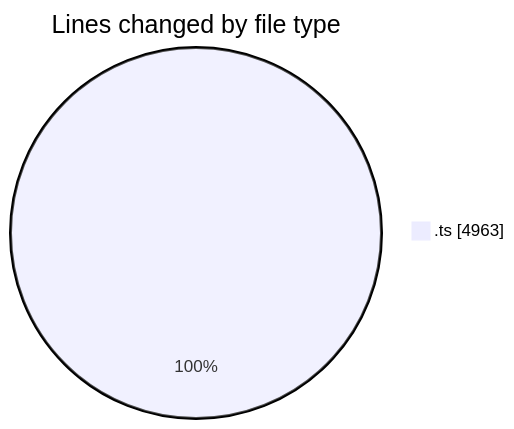
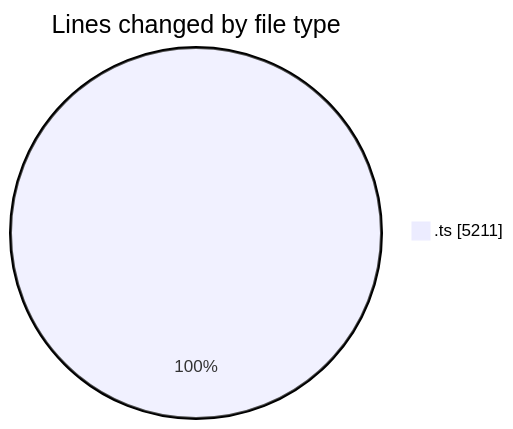
The first of 2 diagrams in 2026-10-08/cda/README.md (momahboobian/code-tracking), drawn with Mermaid before and after one commit. The commit also changed other lines of this file and 1 other file, not shown here.

````diff
--- a/2026-10-08/cda/README.md
+++ b/2026-10-08/cda/README.md
@@ -25,5 +25,5 @@
 ```mermaid
 pie showData
 title Lines changed by file type
-".ts" : 4963
+".ts" : 5211
 ```
````
